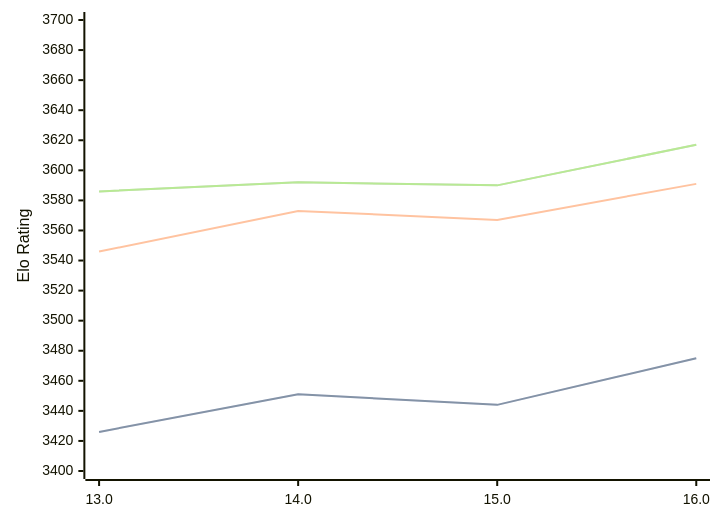
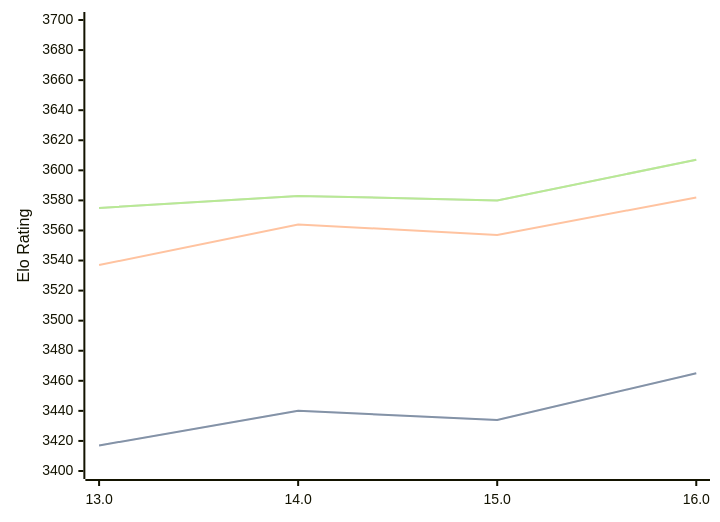
Before and after one commit to computer-chess-index/cci: the diagram in engines/Obsidian.md, drawn with Mermaid. The commit also changed other lines of this file, not shown here.

Commit message:
Update CCI Ratings (ELO VLTC) - 2026-03-19

````diff
--- a/engines/Obsidian.md
+++ b/engines/Obsidian.md
@@ -41,11 +41,11 @@
 ```mermaid
 %%{init: {"theme":"base","themeVariables":{"seriesColors:['#a3a3a3','#222221','#faa371']}}}%%
 xychart-beta
   x-axis ["13.0", "14.0", "15.0", "16.0"]
   y-axis "Elo Rating" 3400 --> 3700
-  line "STC (8.0+0.08s)" [3426, 3451, 3444, 3475]
-  line "STC (8.0+0.08s)" [3426, 3451, 3444, 3475]
-  line "LTC (60.0+0.60s)" [3546, 3573, 3567, 3591]
-  line "VLTC (2m24s+1.12s)" [3586, 3592, 3590, 3617]
-  line "VLTC (2m24s+1.12s)" [3586, 3592, 3590, 3617]
+  line "STC (8.0+0.08s)" [3417, 3440, 3434, 3465]
+  line "STC (8.0+0.08s)" [3417, 3440, 3434, 3465]
+  line "LTC (60.0+0.60s)" [3537, 3564, 3557, 3582]
+  line "VLTC (2m24s+1.12s)" [3575, 3583, 3580, 3607]
+  line "VLTC (2m24s+1.12s)" [3575, 3583, 3580, 3607]
 ```
````
